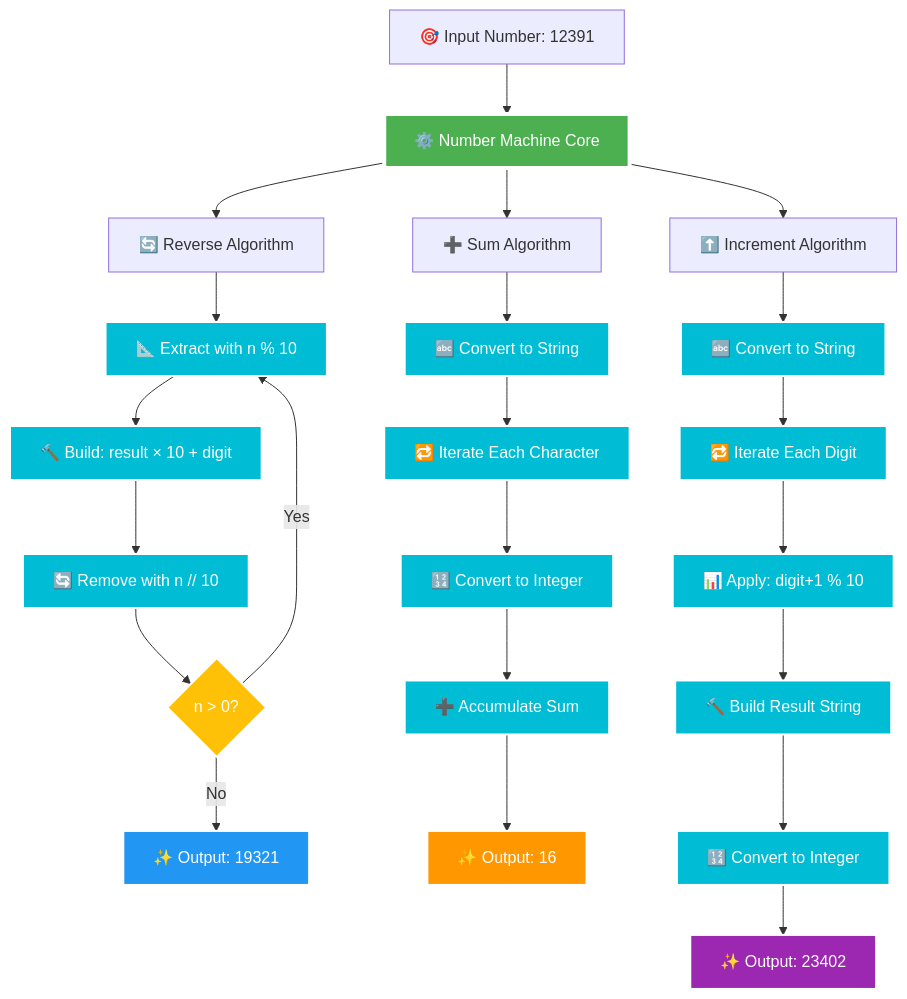
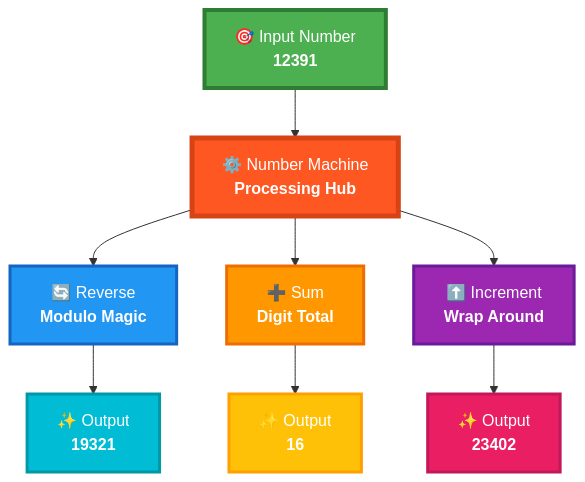
Before and after one commit to LuthandoCandlovu/sarao-technical-challenge: the diagram in project-4/README.md, drawn with Mermaid. The commit also changed other lines of this file, not shown here.

````diff
--- a/project-4/README.md
+++ b/project-4/README.md
@@ -141,39 +133,30 @@
 ```mermaid
 graph TB
-    A[🎯 Input Number: 12391] --> B[⚙️ Number Machine Core]
-
-    B --> C[🔄 Reverse Algorithm]
-    B --> D[➕ Sum Algorithm]
-    B --> E[⬆️ Increment Algorithm]
-
-    C --> C1[📐 Extract with n % 10]
-    C1 --> C2[🔨 Build: result × 10 + digit]
-    C2 --> C3[🔄 Remove with n // 10]
-    C3 --> C4{n > 0?}
-    C4 -->|Yes| C1
-    C4 -->|No| C5[✨ Output: 19321]
-
-    D --> D1[🔤 Convert to String]
-    D1 --> D2[🔁 Iterate Each Character]
-    D2 --> D3[🔢 Convert to Integer]
-    D3 --> D4[➕ Accumulate Sum]
-    D4 --> D5[✨ Output: 16]
-
-    E --> E1[🔤 Convert to String]
-    E1 --> E2[🔁 Iterate Each Digit]
-    E2 --> E3[📊 Apply: digit+1 % 10]
-    E3 --> E4[🔨 Build Result String]
-    E4 --> E5[🔢 Convert to Integer]
-    E5 --> E6[✨ Output: 23402]
-
-    style B fill:#4CAF50,stroke:#fff,stroke-width:4px,color:#fff
-    style C5 fill:#2196F3,stroke:#fff,stroke-width:2px,color:#fff
-    style D5 fill:#FF9800,stroke:#fff,stroke-width:2px,color:#fff
-    style E6 fill:#9C27B0,stroke:#fff,stroke-width:2px,color:#fff
+    A["🎯 Input Number<br/><b>12391</b>"]
+    B["⚙️ Number Machine<br/><b>Processing Hub</b>"]
     
-    classDef processStyle fill:#00BCD4,stroke:#fff,stroke-width:2px,color:#fff
-    classDef checkStyle fill:#FFC107,stroke:#fff,stroke-width:2px,color:#fff
+    C["🔄 Reverse<br/><b>Modulo Magic</b>"]
+    D["➕ Sum<br/><b>Digit Total</b>"]
+    E["⬆️ Increment<br/><b>Wrap Around</b>"]
     
-    class C1,C2,C3,D1,D2,D3,D4,E1,E2,E3,E4,E5 processStyle
-    class C4 checkStyle
+    F["✨ Output<br/><b>19321</b>"]
+    G["✨ Output<br/><b>16</b>"]
+    H["✨ Output<br/><b>23402</b>"]
+    
+    A --> B
+    B --> C
+    B --> D
+    B --> E
+    C --> F
+    D --> G
+    E --> H
+    
+    style A fill:#4CAF50,stroke:#2E7D32,stroke-width:4px,color:#fff,font-size:16px
+    style B fill:#FF5722,stroke:#D84315,stroke-width:5px,color:#fff,font-size:16px
+    style C fill:#2196F3,stroke:#1565C0,stroke-width:3px,color:#fff
+    style D fill:#FF9800,stroke:#EF6C00,stroke-width:3px,color:#fff
+    style E fill:#9C27B0,stroke:#6A1B9A,stroke-width:3px,color:#fff
+    style F fill:#00BCD4,stroke:#0097A7,stroke-width:3px,color:#fff
+    style G fill:#FFC107,stroke:#FFA000,stroke-width:3px,color:#fff
+    style H fill:#E91E63,stroke:#C2185B,stroke-width:3px,color:#fff
 ```
````
